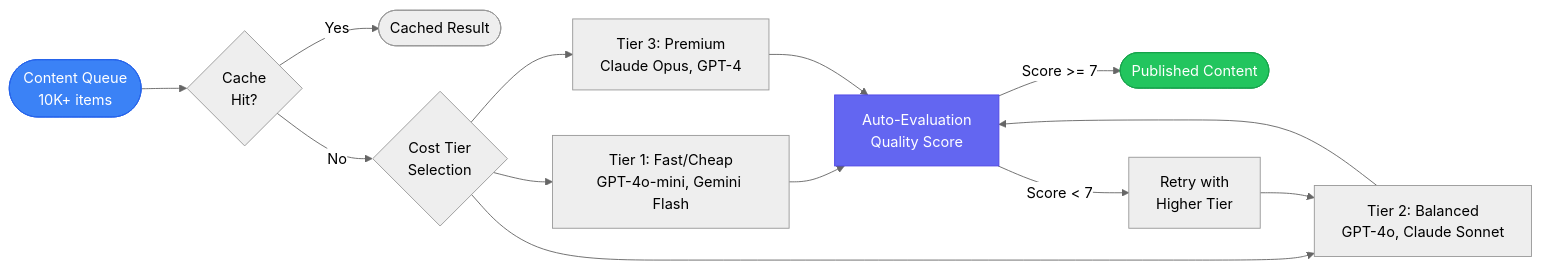
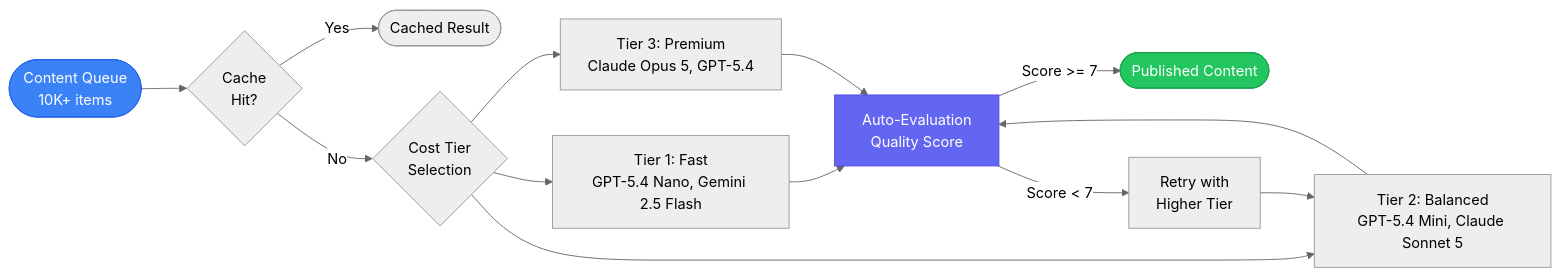
One commit to juspay/neurolink-blog changed the first of 2 diagrams in _posts/2026-02-14-generating-10k-descriptions-cost-optimized-pipelines.md. Above: the diagram before and after it, drawn with Mermaid (neutral theme). The commit also changed other lines of this file and 172 other files, not shown here.

````diff
--- a/_posts/2026-02-14-generating-10k-descriptions-cost-optimized-pipelines.md
+++ b/_posts/2026-02-14-generating-10k-descriptions-cost-optimized-pipelines.md
@@ -38,19 +38,19 @@
 ```mermaid
 flowchart LR
     INPUT(["Content Queue<br/>10K+ items"]) --> CACHE{"Cache<br/>Hit?"}
     CACHE -->|"Yes"| CACHED(["Cached Result"])
     CACHE -->|"No"| TIER{"Cost Tier<br/>Selection"}
 
-    TIER --> FAST["Tier 1: Fast/Cheap<br/>GPT-4o-mini, Gemini Flash"]
-    TIER --> BALANCED["Tier 2: Balanced<br/>GPT-4o, Claude Sonnet"]
-    TIER --> PREMIUM["Tier 3: Premium<br/>Claude Opus, GPT-4"]
+    TIER --> FAST["Tier 1: Fast<br/>GPT-5.4 Nano, Gemini 2.5 Flash"]
+    TIER --> BALANCED["Tier 2: Balanced<br/>GPT-5.4 Mini, Claude Sonnet 5"]
+    TIER --> PREMIUM["Tier 3: Premium<br/>Claude Opus 5, GPT-5.4"]
 
     FAST & BALANCED & PREMIUM --> EVAL["Auto-Evaluation<br/>Quality Score"]
     EVAL -->|"Score >= 7"| OUTPUT(["Published Content"])
     EVAL -->|"Score < 7"| RETRY["Retry with<br/>Higher Tier"]
     RETRY --> BALANCED
 
     style INPUT fill:#3b82f6,stroke:#2563eb,color:#fff
     style EVAL fill:#6366f1,stroke:#4f46e5,color:#fff
     style OUTPUT fill:#22c55e,stroke:#16a34a,color:#fff
 ```
````
